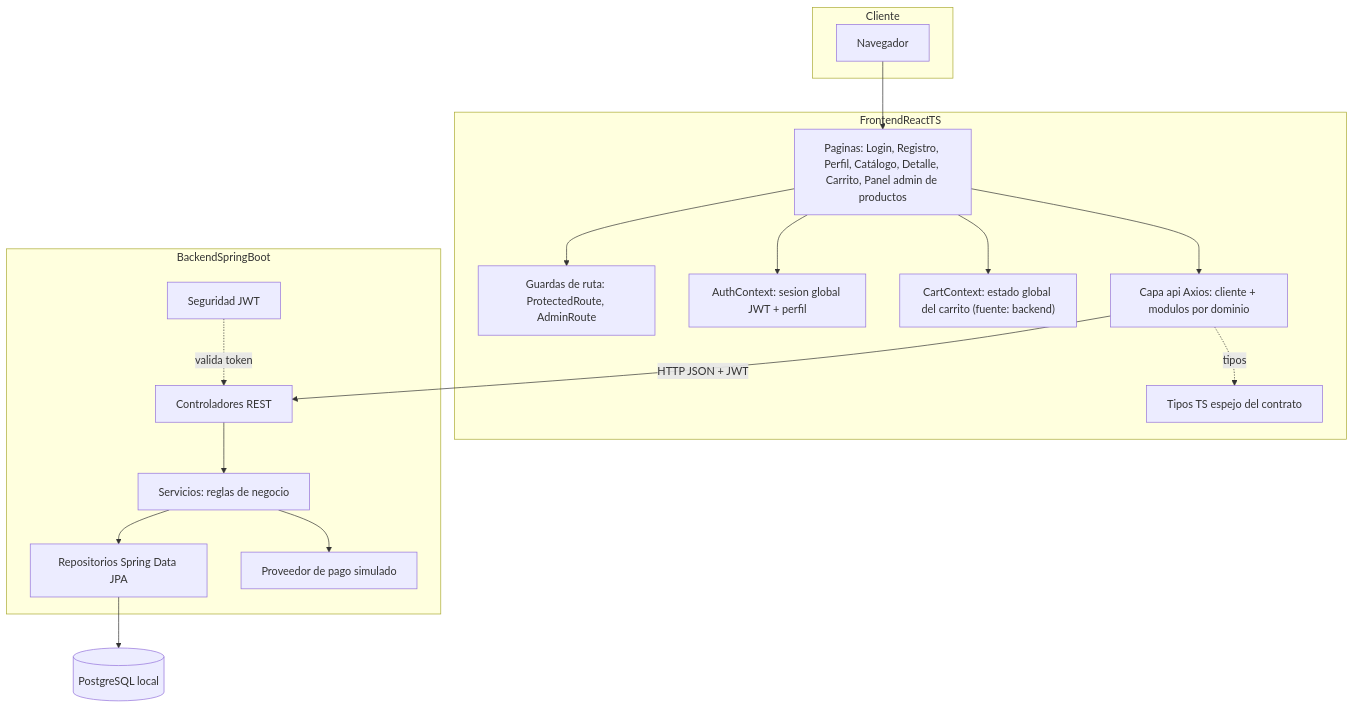
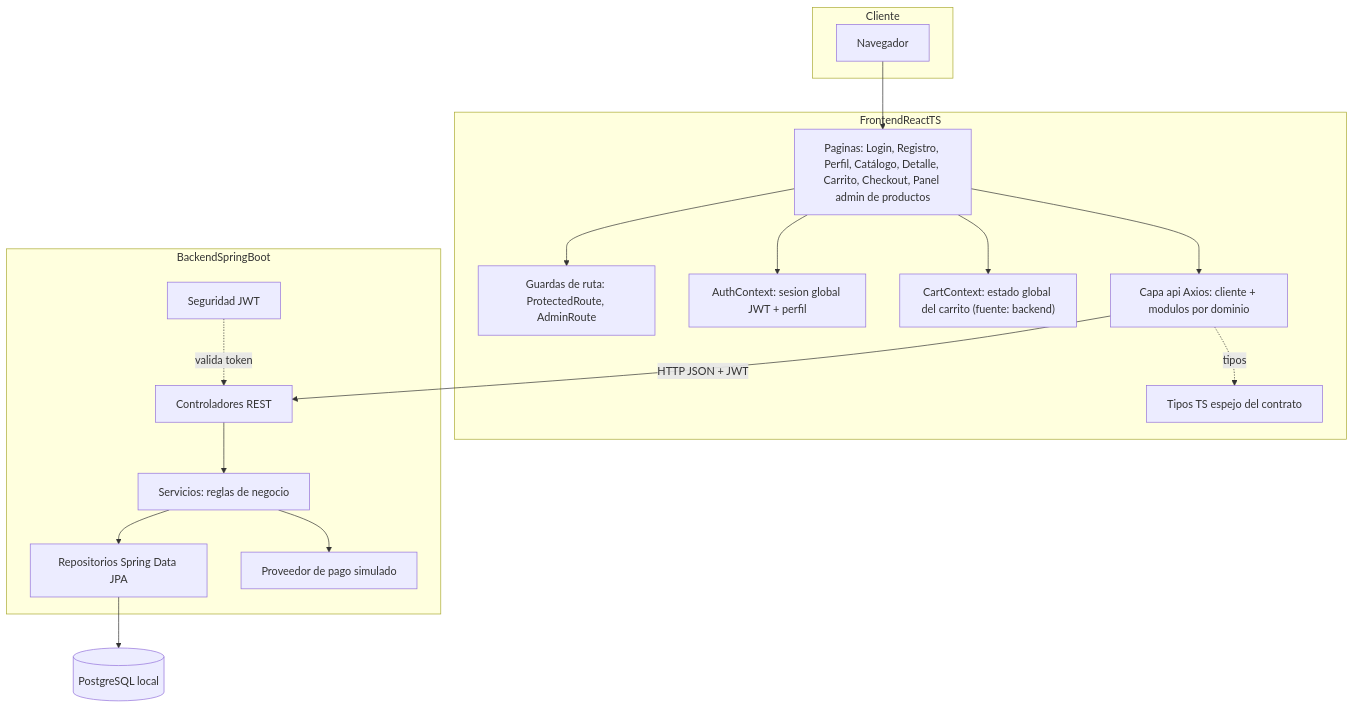
One commit to ShryhakAkizuki/Arquitectura_E-commerce_Ingesoft-II changed the first of 3 diagrams in docs/arquitectura.md. Above: the diagram before and after it, drawn with Mermaid. The commit also changed other lines of this file and 4 other files, not shown here.

````diff
--- a/docs/arquitectura.md
+++ b/docs/arquitectura.md
@@ -31,38 +31,38 @@
 ```mermaid
 flowchart TB
     subgraph Cliente
         B[Navegador]
     end
 
     subgraph FrontendReactTS
-        P["Paginas: Login, Registro, Perfil, Catálogo, Detalle, Carrito, Panel admin de productos"]
+        P["Paginas: Login, Registro, Perfil, Catálogo, Detalle, Carrito, Checkout, Panel admin de productos"]
         G["Guardas de ruta: ProtectedRoute, AdminRoute"]
         C["AuthContext: sesion global JWT + perfil"]
         K["CartContext: estado global del carrito (fuente: backend)"]
         A["Capa api Axios: cliente + modulos por dominio"]
         T["Tipos TS espejo del contrato"]
     end
 
     subgraph BackendSpringBoot
         CTRL[Controladores REST]
         SVC[Servicios: reglas de negocio]
         REPO[Repositorios Spring Data JPA]
         SEC[Seguridad JWT]
         PAY[Proveedor de pago simulado]
     end
 
     DB[(PostgreSQL local)]
 
     B --> P
     P --> G
     P --> C
     P --> K
     P --> A
     A -. tipos .-> T
     A -- HTTP JSON + JWT --> CTRL
     CTRL --> SVC
     SVC --> REPO
     SVC --> PAY
     SEC -. valida token .-> CTRL
     REPO --> DB
 ```
````
